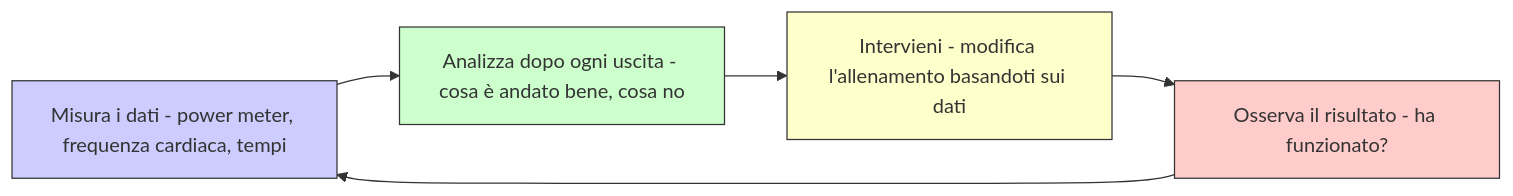
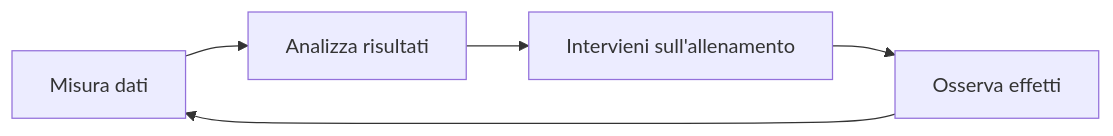
The diagram in src/content/blog/dati-sport-ciclismo.mdx (AndreyBertasini/gynnitech), drawn with Mermaid before and after one commit. The commit also changed other lines of this file and 1491 other files, not shown here.

````diff
--- a/src/content/blog/dati-sport-ciclismo.mdx
+++ b/src/content/blog/dati-sport-ciclismo.mdx
@@ -125,12 +102,7 @@
 ```mermaid
 graph LR
-    A["Misura i dati - power meter, frequenza cardiaca, tempi"] --> B["Analizza dopo ogni uscita - cosa è andato bene, cosa no"]
-    B --> C["Intervieni - modifica l'allenamento basandoti sui dati"]
-    C --> D["Osserva il risultato - ha funzionato?"]
+    A[Misura dati] --> B[Analizza risultati]
+    B --> C[Intervieni sull'allenamento]
+    C --> D[Osserva effetti]
     D --> A
-
-    style A fill:#ccccff,stroke:#333
-    style B fill:#ccffcc,stroke:#333
-    style C fill:#ffffcc,stroke:#333
-    style D fill:#ffcccc,stroke:#333
 ```
````
